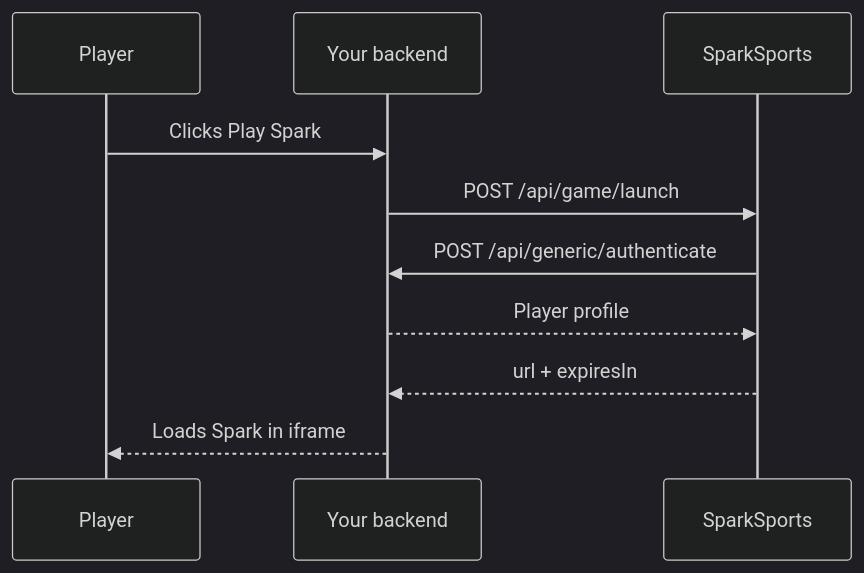
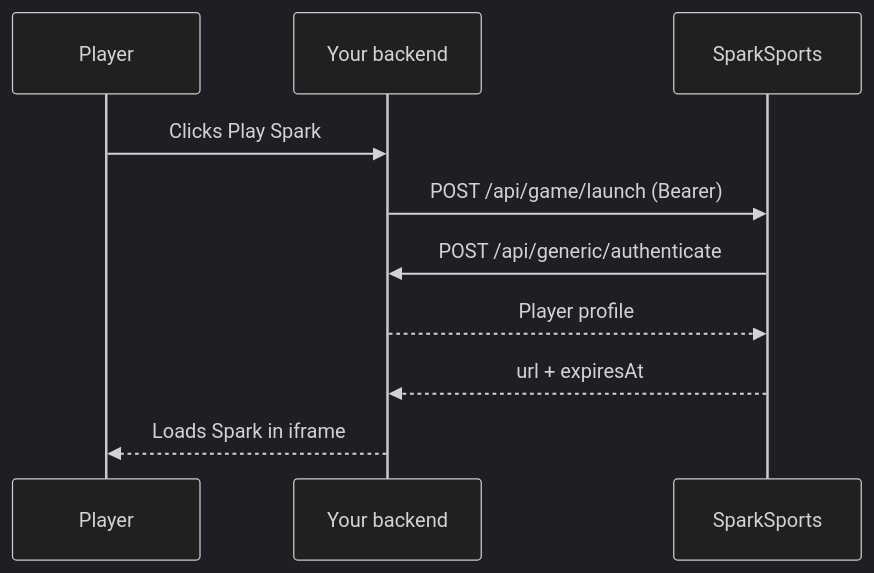
Before and after one commit to SparkSports-ai/integration-docs: the first of 2 diagrams in content/docs/how-it-works.mdx, drawn with Mermaid (dark theme). The commit also changed other lines of this file and 10 other files, not shown here.

First line of the commit message:
docs: propose Spark Partner API v1 contract

````diff
--- a/content/docs/how-it-works.mdx
+++ b/content/docs/how-it-works.mdx
@@ -21,12 +21,12 @@
 ```mermaid
 sequenceDiagram
     participant Player
     participant Backend as Your backend
     participant Spark as SparkSports
     Player->>Backend: Clicks Play Spark
-    Backend->>Spark: POST /api/game/launch
+    Backend->>Spark: POST /api/game/launch (Bearer)
     Spark->>Backend: POST /api/generic/authenticate
     Backend-->>Spark: Player profile
-    Spark-->>Backend: url + expiresIn
+    Spark-->>Backend: url + expiresAt
     Backend-->>Player: Loads Spark in iframe
 ```
````
